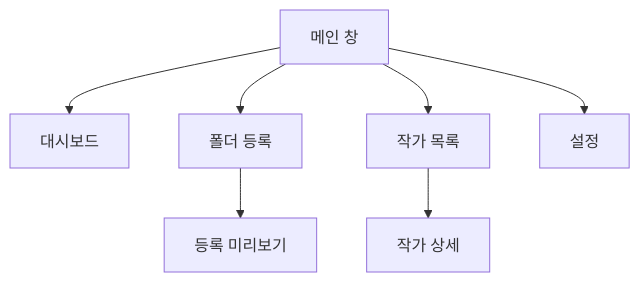
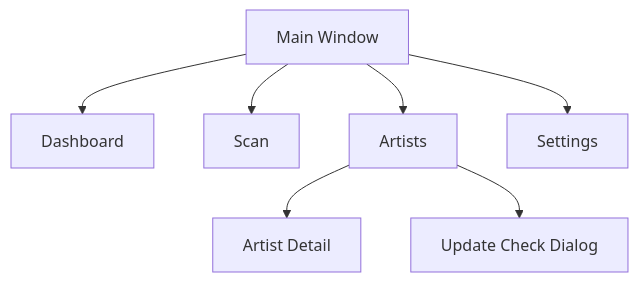
The second of 2 diagrams in docs/05_UI_DESIGN.md (PKT0623/PixivLocalManager), drawn with Mermaid before and after one commit. The commit also changed other lines of this file and 11 other files, not shown here.

````diff
--- a/docs/05_UI_DESIGN.md
+++ b/docs/05_UI_DESIGN.md
@@ -114,13 +102,17 @@
 ```mermaid
 flowchart TD
 
-MAIN[메인 창]
+MAIN[Main Window]
 
-MAIN --> DASHBOARD[대시보드]
-MAIN --> SCAN[폴더 등록]
-MAIN --> ARTISTS[작가 목록]
-MAIN --> SETTINGS[설정]
+MAIN --> DASHBOARD[Dashboard]
 
-ARTISTS --> DETAIL[작가 상세]
-SCAN --> PREVIEW[등록 미리보기]
+MAIN --> SCAN[Scan]
+
+MAIN --> ARTISTS[Artists]
+
+MAIN --> SETTINGS[Settings]
+
+ARTISTS --> DETAIL[Artist Detail]
+
+ARTISTS --> UPDATE[Update Check Dialog]
 ```
````
